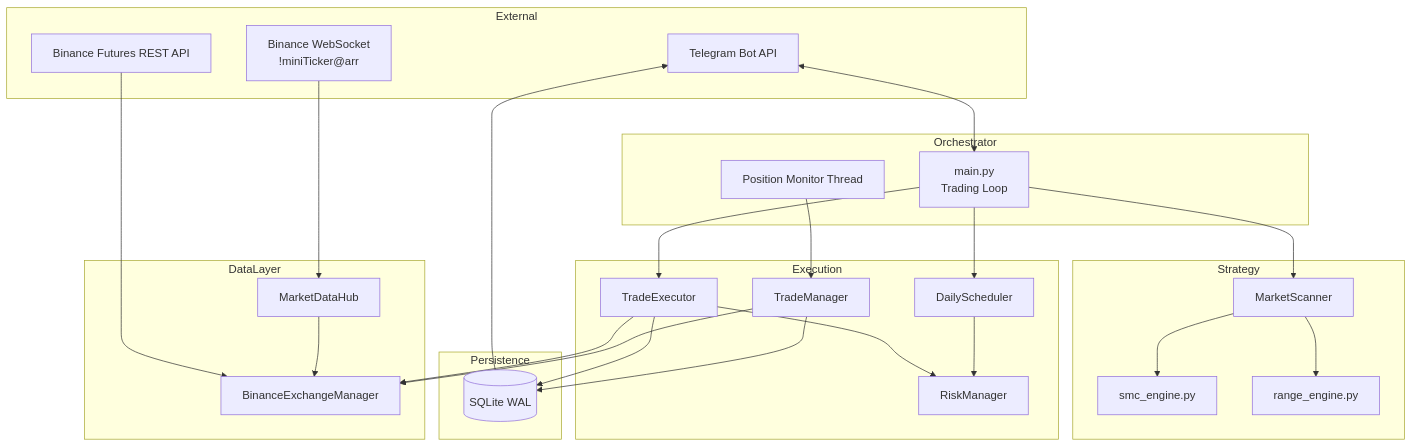
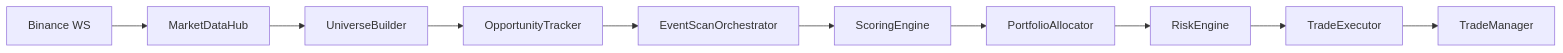
One commit to tradebot2026/binance-future-bot changed the diagram in PROJECT_ARCHITECTURE.md. Above: the diagram before and after it, drawn with Mermaid. The commit also changed other lines of this file and 76 other files, not shown here.

````diff
--- a/PROJECT_ARCHITECTURE.md
+++ b/PROJECT_ARCHITECTURE.md
@@ -37,53 +51,12 @@
 ```mermaid
-flowchart TB
-    subgraph External
-        BINANCE_WS[Binance WebSocket<br/>!miniTicker@arr]
-        BINANCE_REST[Binance Futures REST API]
-        TG[Telegram Bot API]
-    end
-
-    subgraph Orchestrator
-        MAIN[main.py<br/>Trading Loop]
-        MON[Position Monitor Thread]
-    end
-
-    subgraph DataLayer
-        HUB[MarketDataHub]
-        EXC[BinanceExchangeManager]
-    end
-
-    subgraph Strategy
-        SCAN[MarketScanner]
-        SMC[smc_engine.py]
-        RNG[range_engine.py]
-    end
-
-    subgraph Execution
-        EXEC[TradeExecutor]
-        MGR[TradeManager]
-        RISK[RiskManager]
-        SCHED[DailyScheduler]
-    end
-
-    subgraph Persistence
-        DB[(SQLite WAL)]
-    end
-
-    BINANCE_WS --> HUB
-    BINANCE_REST --> EXC
-    HUB --> EXC
-    MAIN --> SCAN
-    SCAN --> SMC
-    SCAN --> RNG
-    MAIN --> EXEC
-    EXEC --> EXC
-    EXEC --> RISK
-    EXEC --> DB
-    MON --> MGR
-    MGR --> EXC
-    MGR --> DB
-    MAIN --> SCHED
-    SCHED --> RISK
-    TG <--> MAIN
-    DB --> TG
+flowchart LR
+    BINANCE_WS[Binance WS] --> HUB[MarketDataHub]
+    HUB --> UNI[UniverseBuilder]
+    UNI --> TRACK[OpportunityTracker]
+    TRACK --> SCAN[EventScanOrchestrator]
+    SCAN --> SCORE[ScoringEngine]
+    SCORE --> ALLOC[PortfolioAllocator]
+    ALLOC --> RISK[RiskEngine]
+    RISK --> EXEC[TradeExecutor]
+    EXEC --> MGR[TradeManager]
 ```
````
